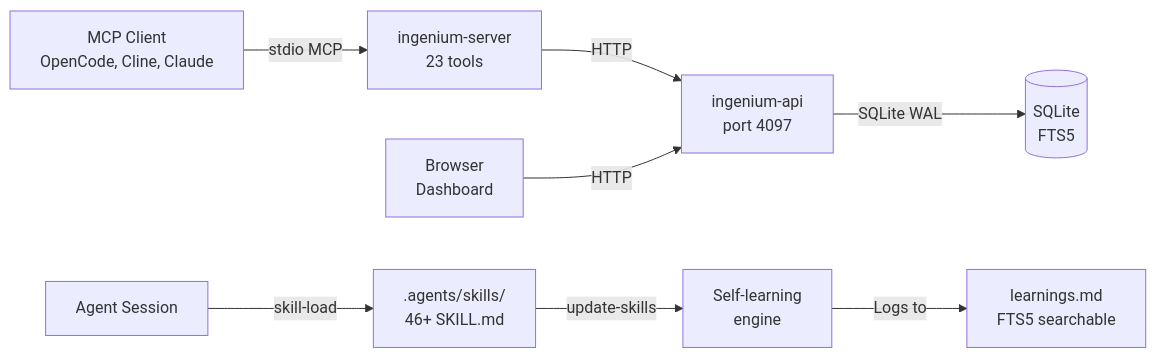
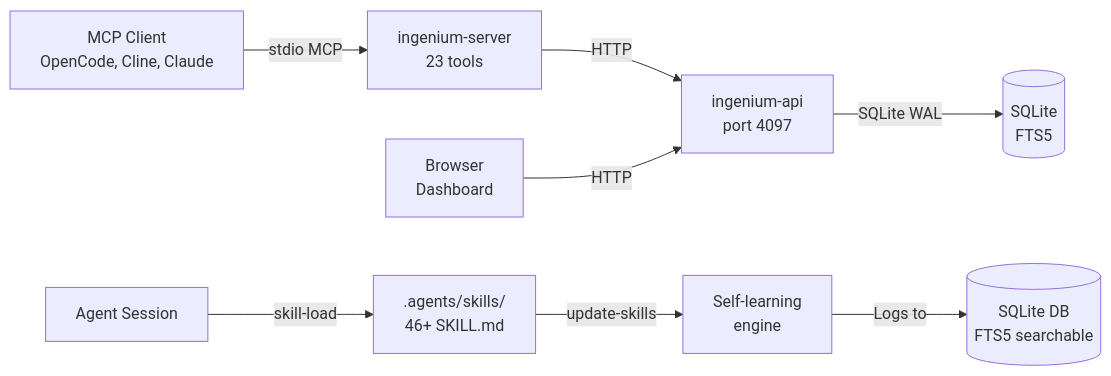
Before and after one commit to jtmb/ingenium: the diagram in README.md, drawn with Mermaid. The commit also changed 272 other files, not shown here.

````diff
--- a/README.md
+++ b/README.md
@@ -109,11 +109,11 @@
 ```mermaid
 graph LR
     A[MCP Client<br/>OpenCode, Cline, Claude] -->|stdio MCP| B[ingenium-server<br/>23 tools]
     B -->|HTTP| C[ingenium-api<br/>port 4097]
     D[Browser<br/>Dashboard] -->|HTTP| C
     C -->|SQLite WAL| E[(SQLite<br/>FTS5)]
     
     F[Agent Session] -->|skill-load| G[.agents/skills/<br/>46+ SKILL.md]
     G -->|update-skills| H[Self-learning<br/>engine]
-    H -->|Logs to| I[learnings.md<br/>FTS5 searchable]
+    H -->|Logs to| I[(SQLite DB<br/>FTS5 searchable)]
 ```
````
